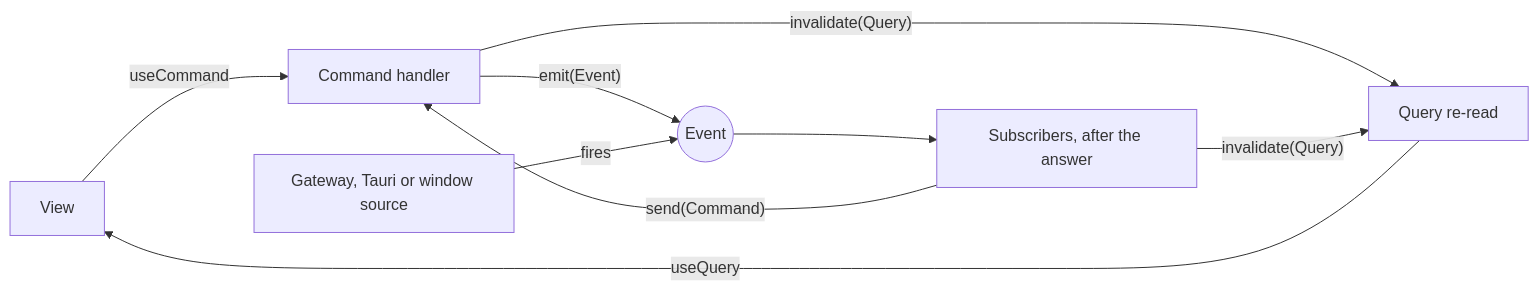
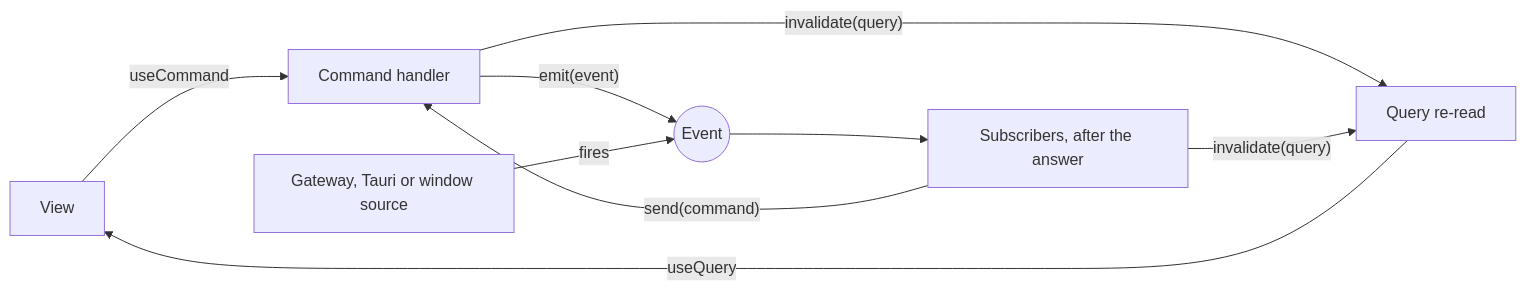
One commit to sumilabshq/sumi changed the first of 3 diagrams in docs/architecture/README.md. Above: the diagram before and after it, drawn with Mermaid. The commit also changed other lines of this file and 51 other files, not shown here.

````diff
--- a/docs/architecture/README.md
+++ b/docs/architecture/README.md
@@ -49,11 +51,11 @@
 ```mermaid
 flowchart LR
 	view["View"] -->|useCommand| command["Command handler"]
-	command -->|"emit(Event)"| event(("Event"))
+	command -->|"emit(event)"| event(("Event"))
 	outside["Gateway, Tauri or window source"] -->|fires| event
 	event --> subscriber["Subscribers, after the answer"]
-	command -->|"invalidate(Query)"| reread["Query re-read"]
-	subscriber -->|"invalidate(Query)"| reread
-	subscriber -->|"send(Command)"| command
+	command -->|"invalidate(query)"| reread["Query re-read"]
+	subscriber -->|"invalidate(query)"| reread
+	subscriber -->|"send(command)"| command
 	reread -->|useQuery| view
 ```
````
